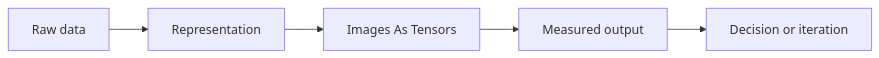
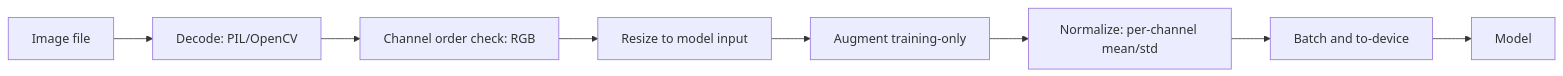
The diagram in computer-vision/02-images-as-tensors.md (Icon1cc/Machine-Learning), drawn with Mermaid before and after one commit. The commit also changed other lines of this file and 264 other files, not shown here.

````diff
--- a/computer-vision/02-images-as-tensors.md
+++ b/computer-vision/02-images-as-tensors.md
@@ -92,7 +258,10 @@
 ```mermaid
 flowchart LR
-    A[Raw data] --> B[Representation]
-    B --> C[Images As Tensors]
-    C --> D[Measured output]
-    D --> E[Decision or iteration]
+    F[Image file] --> D[Decode: PIL/OpenCV]
+    D --> Ch[Channel order check: RGB]
+    Ch --> R[Resize to model input]
+    R --> A[Augment training-only]
+    A --> N[Normalize: per-channel mean/std]
+    N --> B[Batch and to-device]
+    B --> M[Model]
 ```
````
